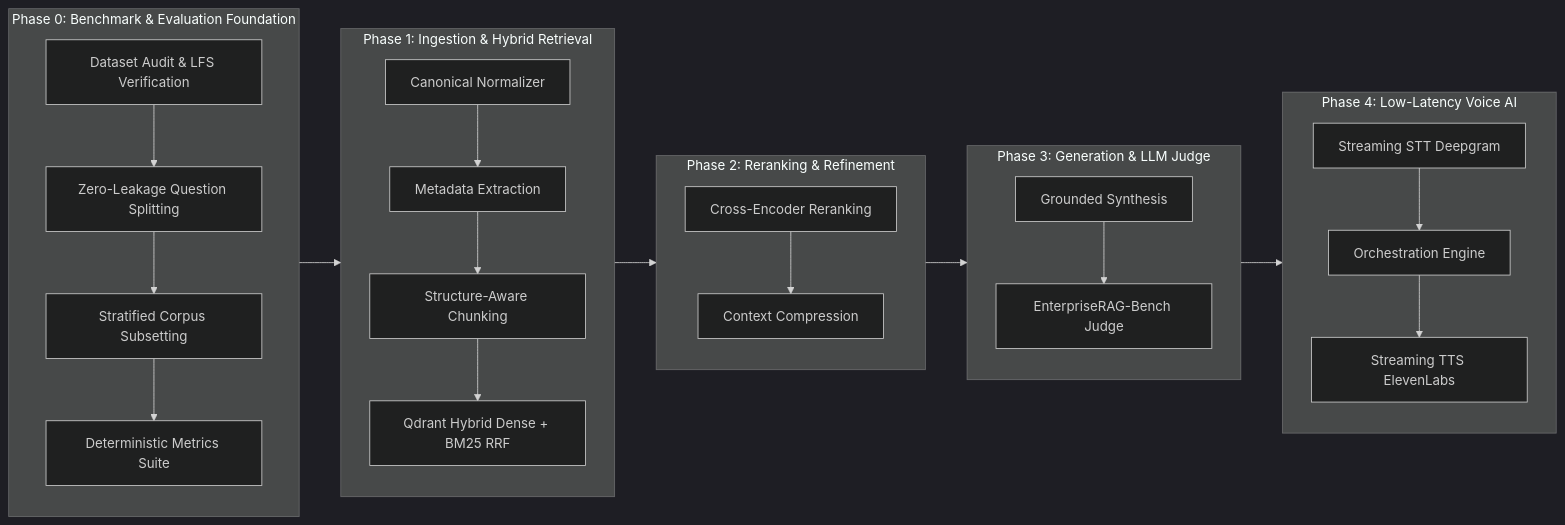
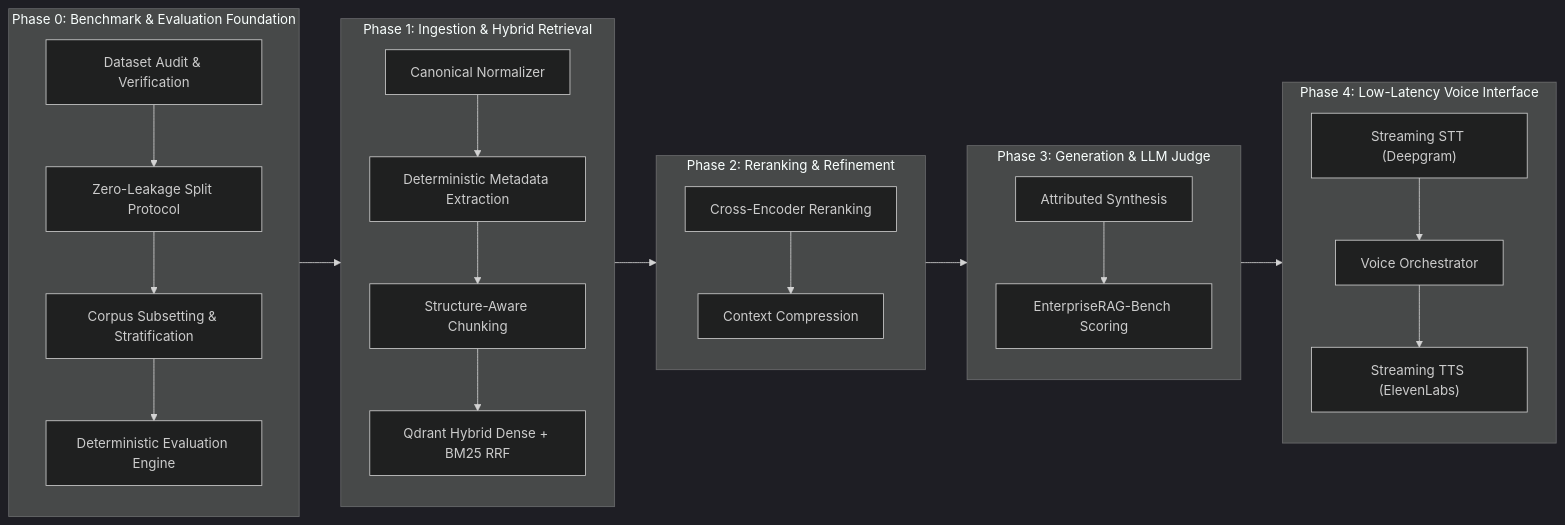
One commit to kanchanpotdar/voicenterprise changed the diagram in README.md. Above: the diagram before and after it, drawn with Mermaid (dark theme). The commit also changed other lines of this file, not shown here.

````diff
--- a/README.md
+++ b/README.md
@@ -28,28 +30,28 @@
 ```mermaid
 flowchart LR
     subgraph P0["Phase 0: Benchmark & Evaluation Foundation"]
-        A1[Dataset Audit & LFS Verification] --> A2[Zero-Leakage Question Splitting]
-        A2 --> A3[Stratified Corpus Subsetting]
-        A3 --> A4[Deterministic Metrics Suite]
+        A1["Dataset Audit & Verification"] --> A2["Zero-Leakage Split Protocol"]
+        A2 --> A3["Corpus Subsetting & Stratification"]
+        A3 --> A4["Deterministic Evaluation Engine"]
     end
 
     subgraph P1["Phase 1: Ingestion & Hybrid Retrieval"]
-        B1[Canonical Normalizer] --> B2[Metadata Extraction]
-        B2 --> B3[Structure-Aware Chunking]
-        B3 --> B4[Qdrant Hybrid Dense + BM25 RRF]
+        B1["Canonical Normalizer"] --> B2["Deterministic Metadata Extraction"]
+        B2 --> B3["Structure-Aware Chunking"]
+        B3 --> B4["Qdrant Hybrid Dense + BM25 RRF"]
     end
 
     subgraph P2["Phase 2: Reranking & Refinement"]
-        C1[Cross-Encoder Reranking] --> C2[Context Compression]
+        C1["Cross-Encoder Reranking"] --> C2["Context Compression"]
     end
 
     subgraph P3["Phase 3: Generation & LLM Judge"]
-        D1[Grounded Synthesis] --> D2[EnterpriseRAG-Bench Judge]
+        D1["Attributed Synthesis"] --> D2["EnterpriseRAG-Bench Scoring"]
     end
 
-    subgraph P4["Phase 4: Low-Latency Voice AI"]
-        E1[Streaming STT Deepgram] --> E2[Orchestration Engine] --> E3[Streaming TTS ElevenLabs]
+    subgraph P4["Phase 4: Low-Latency Voice Interface"]
+        E1["Streaming STT (Deepgram)"] --> E2["Voice Orchestrator"] --> E3["Streaming TTS (ElevenLabs)"]
     end
 
     P0 --> P1 --> P2 --> P3 --> P4
 ```
````
